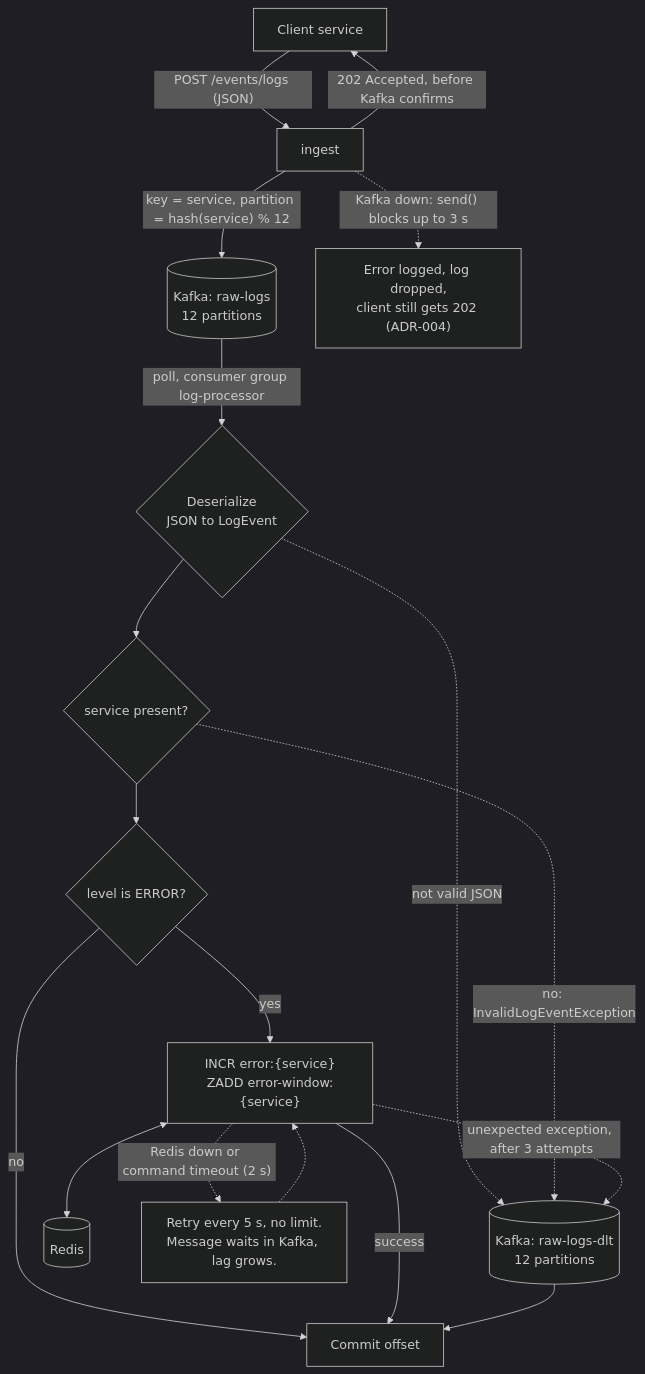
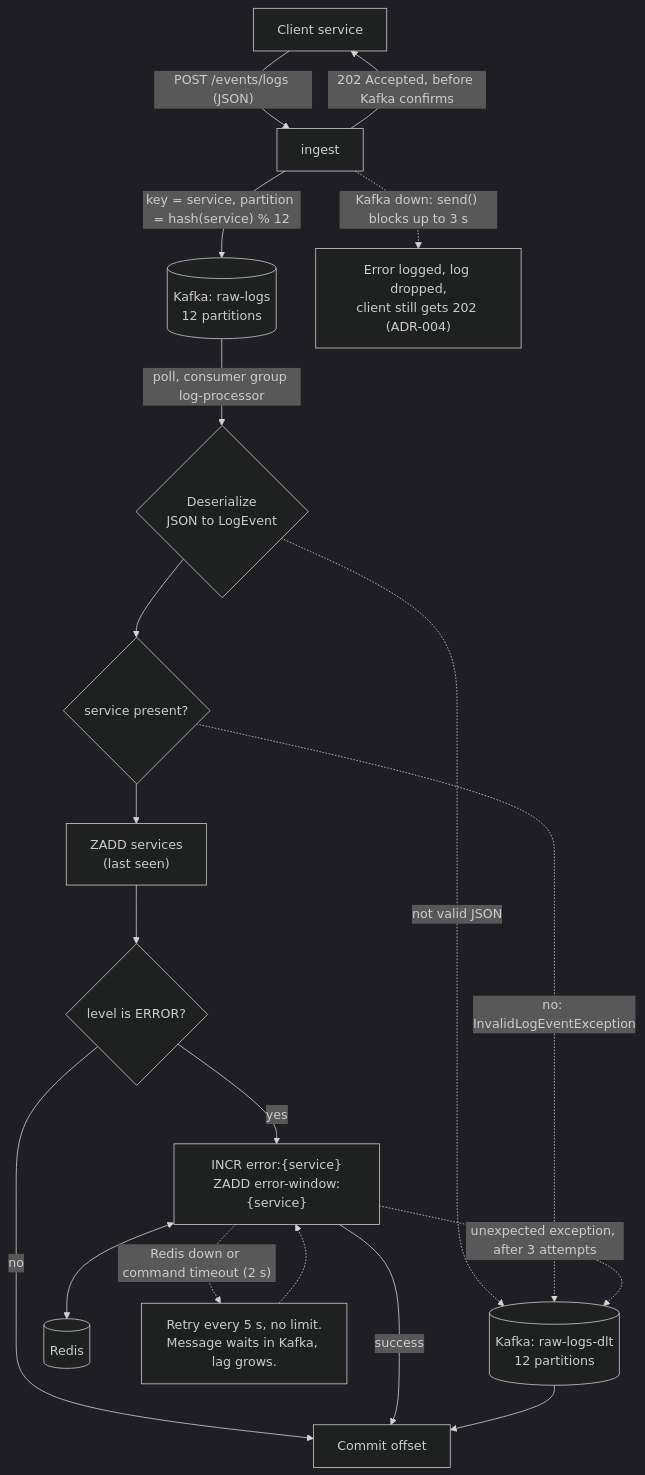
One commit to ShaharAshe/log-analytics-platform changed the first of 2 diagrams in docs/message-flow.md. Above: the diagram before and after it, drawn with Mermaid (dark theme). The commit also changed other lines of this file and 1 other file, not shown here.

Commit message:
Document incident detection and the updated roadmap

````diff
--- a/docs/message-flow.md
+++ b/docs/message-flow.md
@@ -6,21 +6,22 @@
 ```mermaid
 flowchart TD
     C[Client service] -->|"POST /events/logs (JSON)"| I[ingest]
     I -->|"202 Accepted, before Kafka confirms"| C
     I -->|"key = service, partition = hash(service) % 12"| K[("Kafka: raw-logs<br/>12 partitions")]
     I -.->|"Kafka down: send() blocks up to 3 s"| KD["Error logged, log dropped,<br/>client still gets 202 (ADR-004)"]
 
     K -->|"poll, consumer group log-processor"| D{"Deserialize<br/>JSON to LogEvent"}
     D -.->|"not valid JSON"| DLT[("Kafka: raw-logs-dlt<br/>12 partitions")]
     D --> V{"service present?"}
     V -.->|"no: InvalidLogEventException"| DLT
-    V --> L{"level is ERROR?"}
+    V --> S["ZADD services<br/>(last seen)"]
+    S --> L{"level is ERROR?"}
     L -->|no| CM[Commit offset]
     L -->|yes| R["INCR error:{service}<br/>ZADD error-window:{service}"]
     R <--> RD[(Redis)]
     R -->|success| CM
     R -.->|"Redis down or command timeout (2 s)"| W["Retry every 5 s, no limit.<br/>Message waits in Kafka, lag grows."]
     W -.-> R
     R -.->|"unexpected exception, after 3 attempts"| DLT
     DLT --> CM
 ```
````
